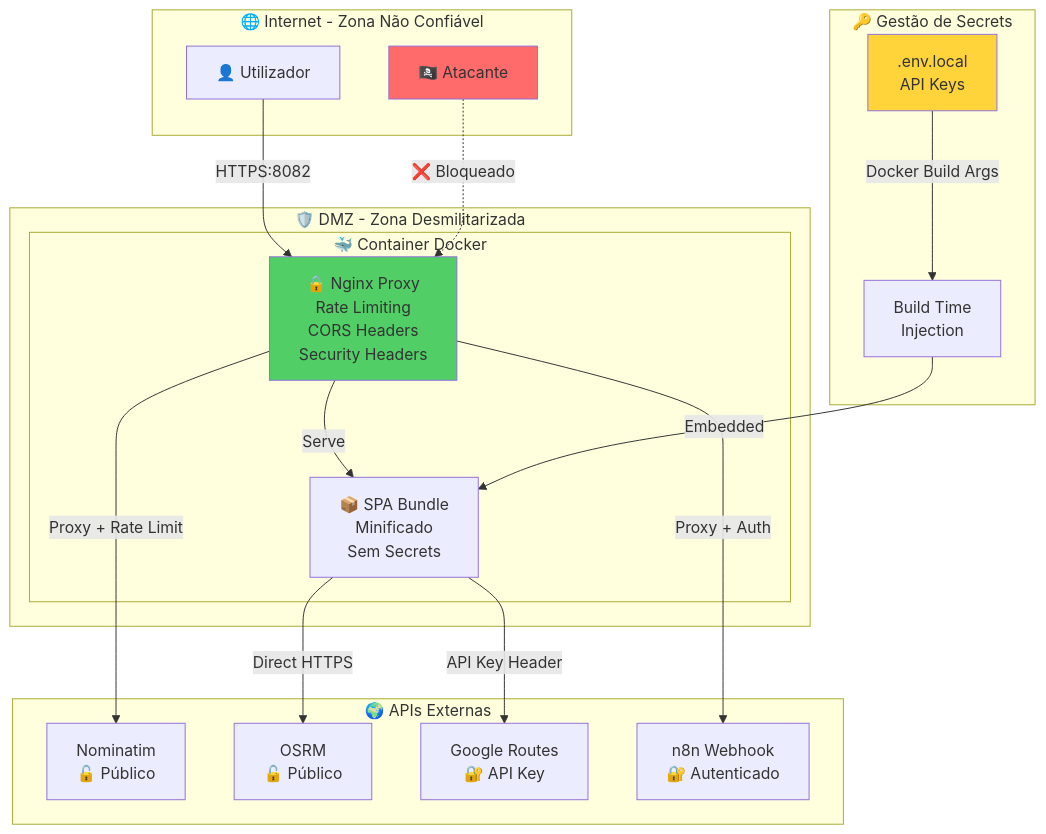
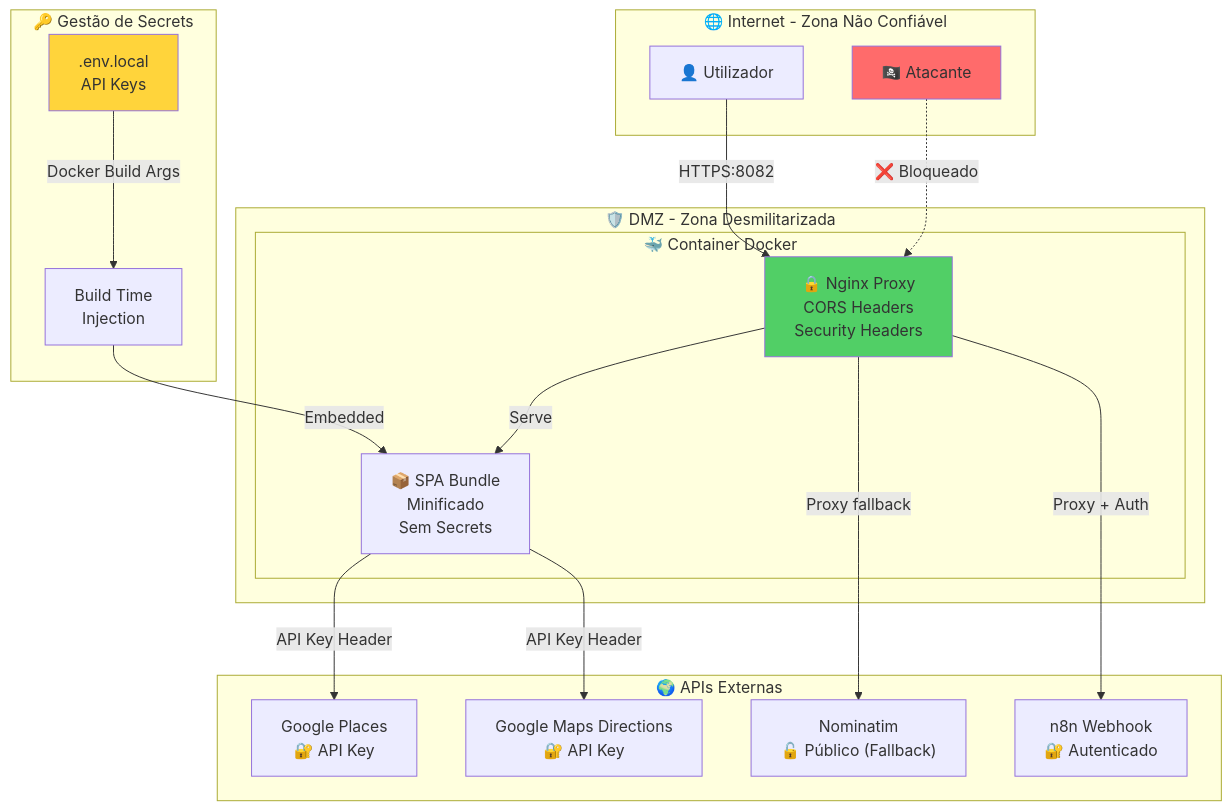
Before and after one commit to AlexandreMendesISCTE/Projeto-de-Arquitetura-e-Desenho-de-Software: the fifth of 13 diagrams in docs/ARCHITECTURE_SECURITY.md, drawn with Mermaid. The commit also changed other lines of this file and 1 other file, not shown here.

Commit message:
diagrama de classes e google maps service updated

````diff
--- a/docs/ARCHITECTURE_SECURITY.md
+++ b/docs/ARCHITECTURE_SECURITY.md
@@ -209,43 +211,43 @@
 ```mermaid
 flowchart TB
     subgraph Internet["🌐 Internet - Zona Não Confiável"]
         User["👤 Utilizador"]
         Attacker["🏴‍☠️ Atacante"]
     end
 
     subgraph DMZ["🛡️ DMZ - Zona Desmilitarizada"]
         subgraph Docker["🐳 Container Docker"]
-            Nginx["🔒 Nginx Proxy<br/>Rate Limiting<br/>CORS Headers<br/>Security Headers"]
+            Nginx["🔒 Nginx Proxy<br/>CORS Headers<br/>Security Headers"]
             SPA["📦 SPA Bundle<br/>Minificado<br/>Sem Secrets"]
         end
     end
 
     subgraph External["🌍 APIs Externas"]
-        Nominatim["Nominatim<br/>🔓 Público"]
-        OSRM["OSRM<br/>🔓 Público"]
-        Google["Google Routes<br/>🔐 API Key"]
+        GooglePlaces["Google Places<br/>🔐 API Key"]
+        Nominatim["Nominatim<br/>🔓 Público (Fallback)"]
+        GoogleMaps["Google Maps Directions<br/>🔐 API Key"]
         N8N["n8n Webhook<br/>🔐 Autenticado"]
     end
 
     subgraph Secrets["🔑 Gestão de Secrets"]
         EnvFile[".env.local<br/>API Keys"]
         BuildTime["Build Time<br/>Injection"]
     end
 
     User -->|"HTTPS:8082"| Nginx
     Attacker -.->|"❌ Bloqueado"| Nginx
     
     Nginx -->|"Serve"| SPA
-    Nginx -->|"Proxy + Rate Limit"| Nominatim
+    Nginx -->|"Proxy fallback"| Nominatim
     Nginx -->|"Proxy + Auth"| N8N
     
-    SPA -->|"Direct HTTPS"| OSRM
-    SPA -->|"API Key Header"| Google
+    SPA -->|"API Key Header"| GooglePlaces
+    SPA -->|"API Key Header"| GoogleMaps
     
     EnvFile -->|"Docker Build Args"| BuildTime
     BuildTime -->|"Embedded"| SPA
 
     style Attacker fill:#ff6b6b
     style Nginx fill:#51cf66
     style EnvFile fill:#ffd43b
 ```
````
